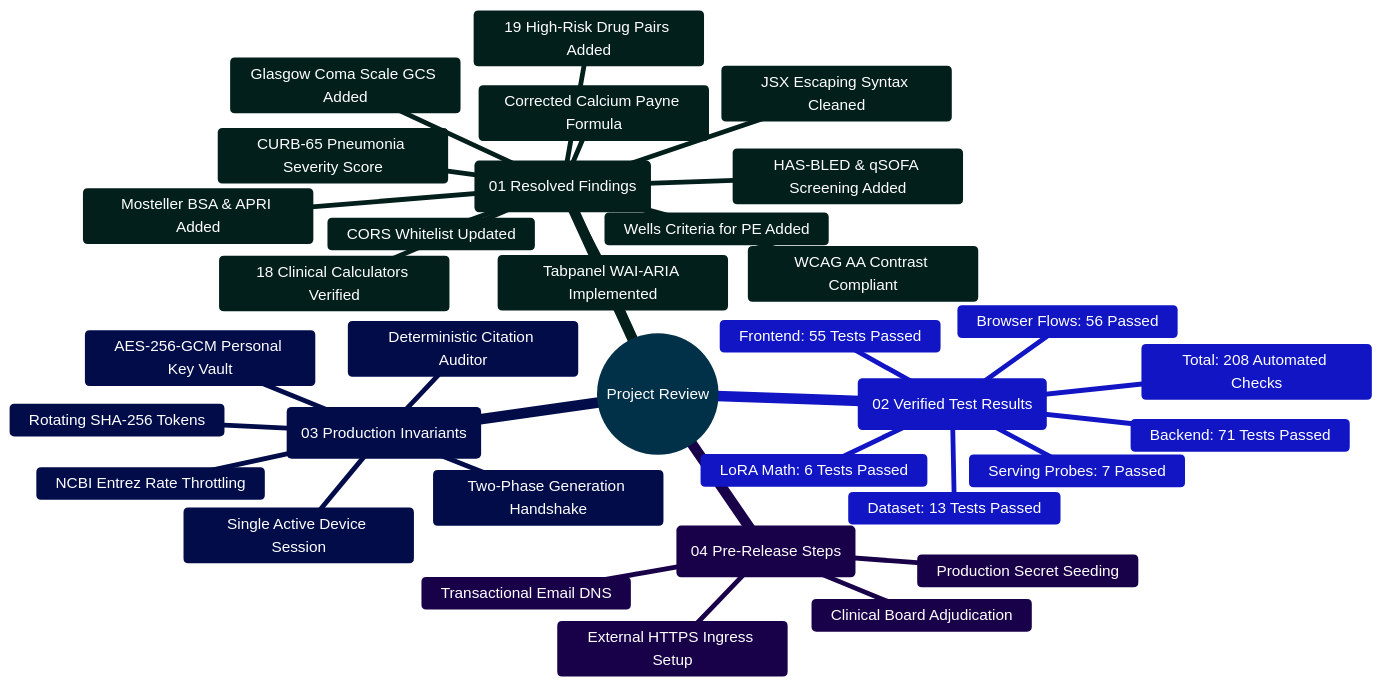
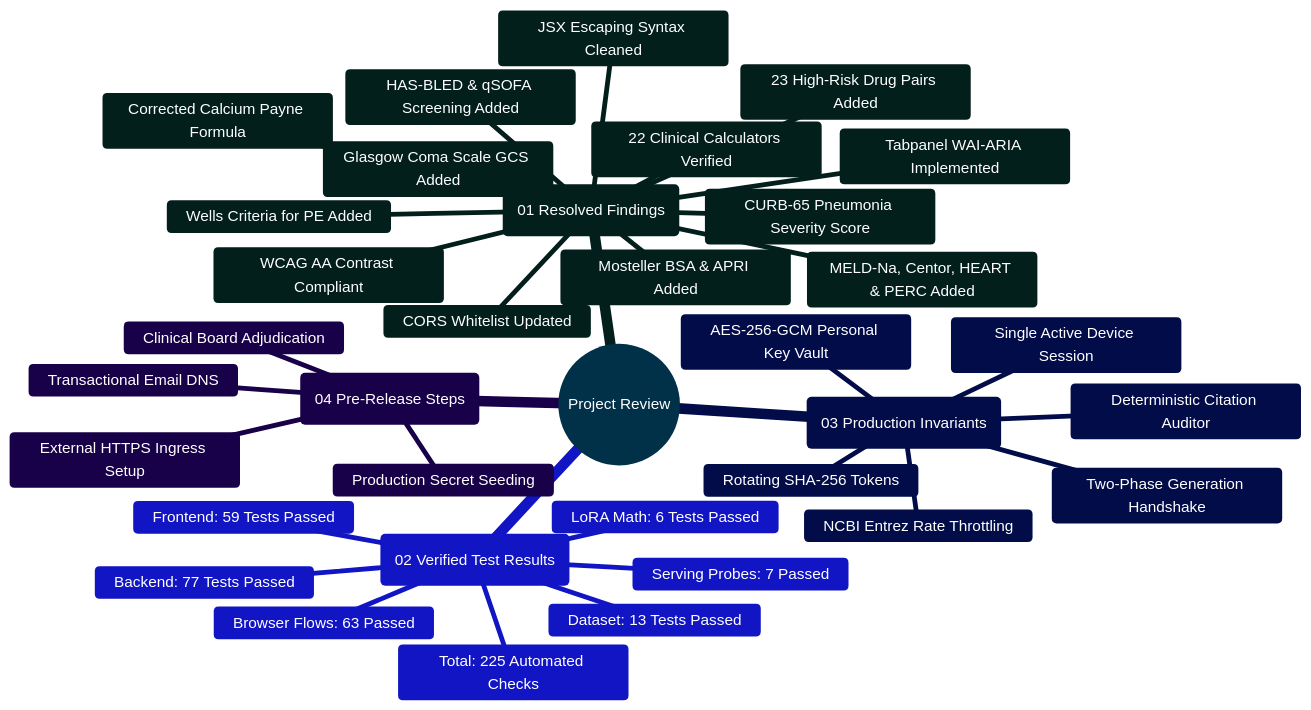
Before and after one commit to Ganesh172919/React-App-LLM: the first of 2 diagrams in output/project-review/PROJECT_ANALYSIS.md, drawn with Mermaid. The commit also changed other lines of this file and 39 other files, not shown here.

````diff
--- a/output/project-review/PROJECT_ANALYSIS.md
+++ b/output/project-review/PROJECT_ANALYSIS.md
@@ -66,39 +66,40 @@
 ```mermaid
 %%{init: {'theme': 'base', 'themeVariables': { 'primaryColor': '#0284c7', 'primaryTextColor': '#ffffff', 'primaryBorderColor': '#0369a1', 'lineColor': '#0284c7', 'secondaryColor': '#0d9488', 'tertiaryColor': '#6366f1' }}}%%
 mindmap
   root((Project Review))
     ::icon(fa fa-check-double)
     (01 Resolved Findings)
       JSX Escaping Syntax Cleaned
       CORS Whitelist Updated
-      19 High-Risk Drug Pairs Added
-      18 Clinical Calculators Verified
+      23 High-Risk Drug Pairs Added
+      22 Clinical Calculators Verified
       Corrected Calcium Payne Formula
       Wells Criteria for PE Added
       CURB-65 Pneumonia Severity Score
       Glasgow Coma Scale GCS Added
       HAS-BLED & qSOFA Screening Added
       Mosteller BSA & APRI Added
+      MELD-Na, Centor, HEART & PERC Added
       Tabpanel WAI-ARIA Implemented
       WCAG AA Contrast Compliant
     (02 Verified Test Results)
-      Backend: 71 Tests Passed
-      Frontend: 55 Tests Passed
+      Backend: 77 Tests Passed
+      Frontend: 59 Tests Passed
       Dataset: 13 Tests Passed
       LoRA Math: 6 Tests Passed
       Serving Probes: 7 Passed
-      Browser Flows: 56 Passed
-      Total: 208 Automated Checks
+      Browser Flows: 63 Passed
+      Total: 225 Automated Checks
     (03 Production Invariants)
       Single Active Device Session
       Rotating SHA-256 Tokens
       AES-256-GCM Personal Key Vault
       Two-Phase Generation Handshake
       Deterministic Citation Auditor
       NCBI Entrez Rate Throttling
     (04 Pre-Release Steps)
       External HTTPS Ingress Setup
       Production Secret Seeding
       Transactional Email DNS
       Clinical Board Adjudication
 ```
````
